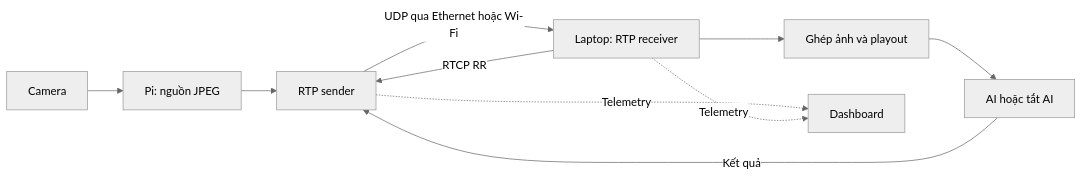
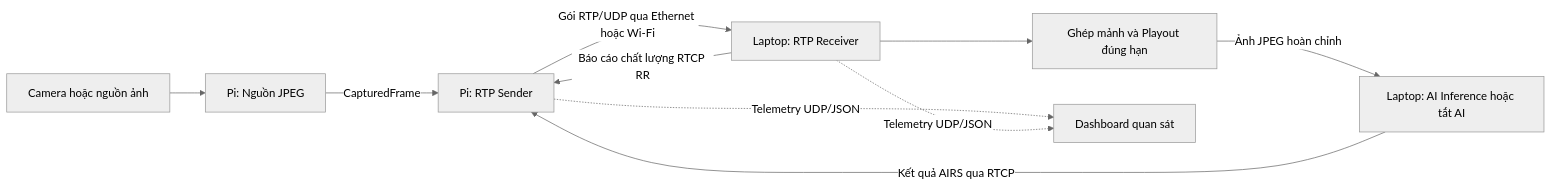
Before and after one commit to KaiserRichard/edge-ai-video-runtime: the first of 2 diagrams in study-site/docs/sessions/01-A-cn-product.md, drawn with Mermaid (neutral theme). The commit also changed other lines of this file and 1 other file, not shown here.

````diff
--- a/study-site/docs/sessions/01-A-cn-product.md
+++ b/study-site/docs/sessions/01-A-cn-product.md
@@ -17,12 +83,12 @@
 ```mermaid
 flowchart LR
- C[Camera] --> S[Pi: nguồn JPEG]
- S --> P[RTP sender]
- P -->|UDP qua Ethernet hoặc Wi-Fi| R[Laptop: RTP receiver]
- R --> B[Ghép ảnh và playout]
- B --> I[AI hoặc tắt AI]
- I -->|Kết quả| P
- R -->|RTCP RR| P
- P -. Telemetry .-> D[Dashboard]
- R -. Telemetry .-> D
+  C[Camera hoặc nguồn ảnh] --> S[Pi: Nguồn JPEG]
+  S -->|CapturedFrame| P[Pi: RTP Sender]
+  P -->|Gói RTP/UDP qua Ethernet hoặc Wi-Fi| R[Laptop: RTP Receiver]
+  R --> B[Ghép mảnh và Playout đúng hạn]
+  B -->|Ảnh JPEG hoàn chỉnh| I[Laptop: AI Inference hoặc tắt AI]
+  I -->|Kết quả AIRS qua RTCP| P
+  R -->|Báo cáo chất lượng RTCP RR| P
+  P -. Telemetry UDP/JSON .-> D[Dashboard quan sát]
+  R -. Telemetry UDP/JSON .-> D
 ```
````
